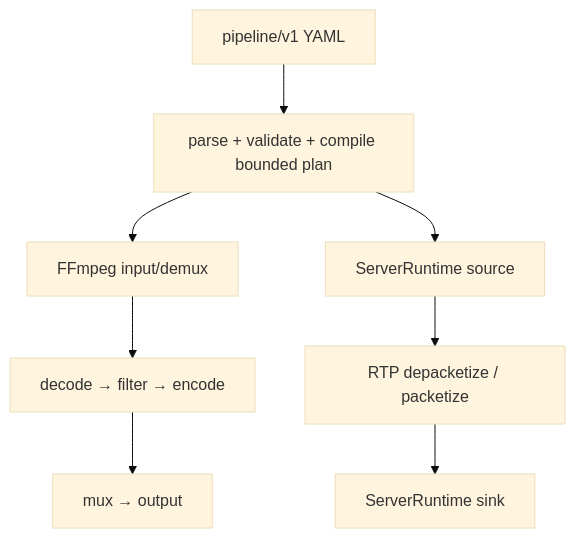
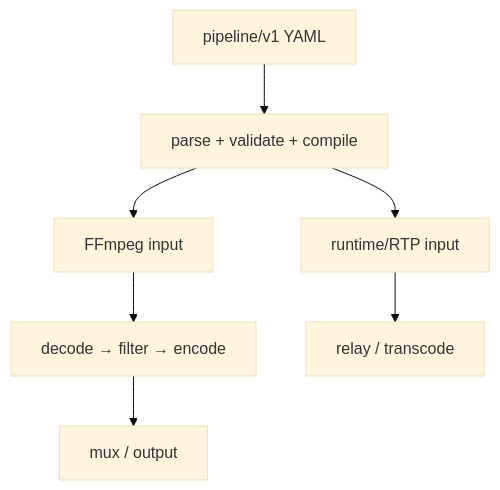
Before and after one commit to qigao/turbomedia: the fourth of 6 diagrams in ARCHITECTURE.md, drawn with Mermaid (base theme). The commit also changed other lines of this file and 25 other files, not shown here.

````diff
--- a/ARCHITECTURE.md
+++ b/ARCHITECTURE.md
@@ -221,17 +160,16 @@
 ```mermaid
 flowchart TB
   YAML["pipeline/v1 YAML"]
-  Validate["parse + validate + compile bounded plan"]
+  Validate["parse + validate + compile"]
 
-  FFIn["FFmpeg input/demux"]
-  FFGraph["decode → filter → encode"]
-  FFOut["mux → output"]
+  FFIn["FFmpeg input"]
+  Graph["decode → filter → encode"]
+  Output["mux / output"]
 
-  RuntimeIn["ServerRuntime source"]
-  RTP["RTP depacketize / packetize"]
-  RuntimeOut["ServerRuntime sink"]
+  Runtime["runtime/RTP input"]
+  Relay["relay / transcode"]
 
   YAML --> Validate
-  Validate --> FFIn --> FFGraph --> FFOut
-  Validate --> RuntimeIn --> RTP --> RuntimeOut
+  Validate --> FFIn --> Graph --> Output
+  Validate --> Runtime --> Relay
 ```
````
